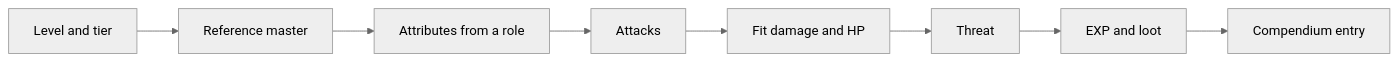
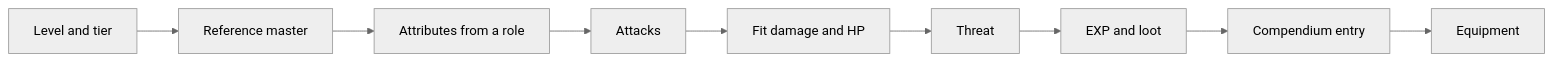
The diagram in content/docs/mechanics/bestia-design.md (tfelix/bestia-docs), drawn with Mermaid (neutral theme) before and after one commit. The commit also changed other lines of this file and 4 other files, not shown here.

````diff
--- a/content/docs/mechanics/bestia-design.md
+++ b/content/docs/mechanics/bestia-design.md
@@ -20,10 +20,11 @@
 ```mermaid
 flowchart LR
   A[Level and tier] --> B[Reference master]
   B --> C[Attributes from a role]
   C --> D[Attacks]
   D --> E[Fit damage and HP]
   E --> F[Threat]
   F --> G[EXP and loot]
   G --> H[Compendium entry]
+  H --> I[Equipment]
 ```
````
